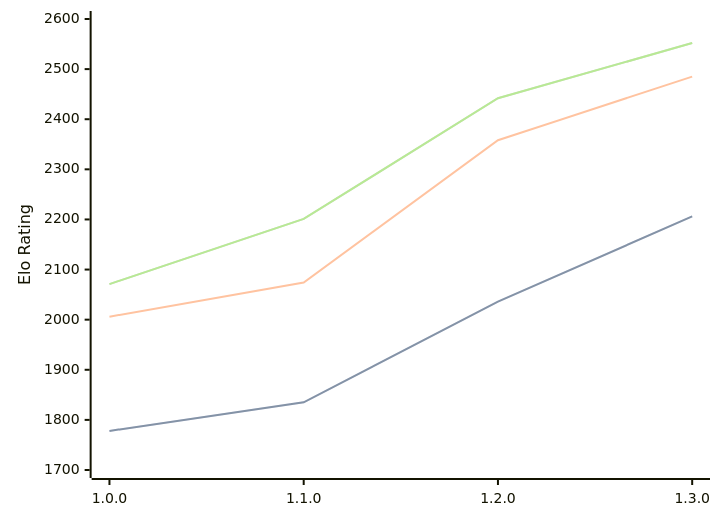
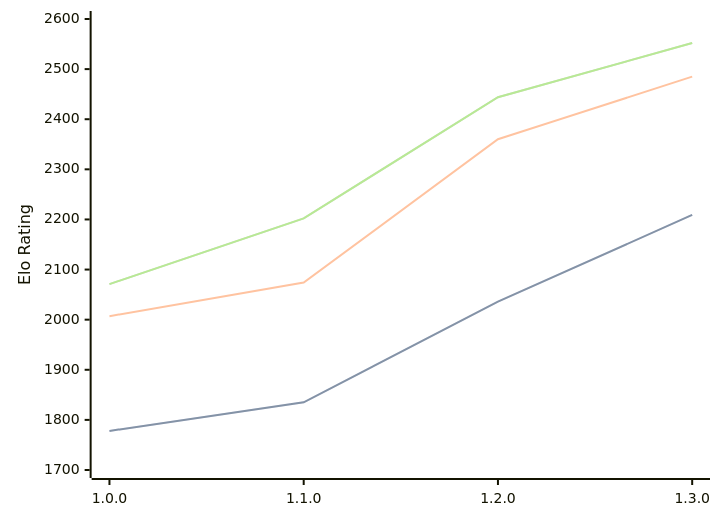
Before and after one commit to computer-chess-index/cci: the diagram in engines/Anodos.md, drawn with Mermaid. The commit also changed other lines of this file, not shown here.

Commit message:
Update CCI Ratings (ELO VLTC) - 2026-05-17

````diff
--- a/engines/Anodos.md
+++ b/engines/Anodos.md
@@ -45,11 +45,11 @@
 ```mermaid
 %%{init: {"theme":"base","themeVariables":{"seriesColors:['#a3a3a3','#222221','#faa371']}}}%%
 xychart-beta
   x-axis ["1.0.0", "1.1.0", "1.2.0", "1.3.0"]
   y-axis "Elo Rating" 1700 --> 2600
-  line "STC (8.0+0.08s)" [1778, 1835, 2036, 2206]
-  line "STC (8.0+0.08s)" [1778, 1835, 2036, 2206]
-  line "LTC (60.0+0.60s)" [2006, 2074, 2358, 2485]
-  line "VLTC (2m24s+1.12s)" [2071, 2201, 2442, 2552]
-  line "VLTC (2m24s+1.12s)" [2071, 2201, 2442, 2552]
+  line "STC (8.0+0.08s)" [1778, 1835, 2036, 2209]
+  line "STC (8.0+0.08s)" [1778, 1835, 2036, 2209]
+  line "LTC (60.0+0.60s)" [2007, 2074, 2360, 2485]
+  line "VLTC (2m24s+1.12s)" [2071, 2202, 2444, 2552]
+  line "VLTC (2m24s+1.12s)" [2071, 2202, 2444, 2552]
 ```
````
